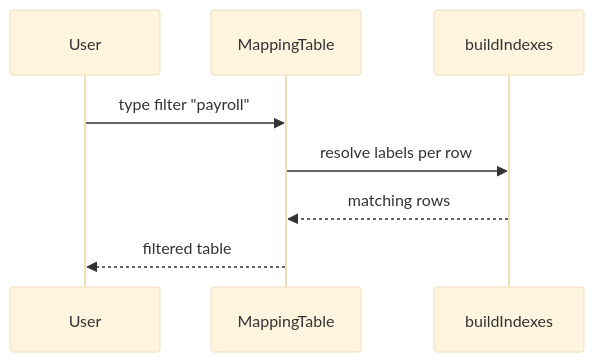
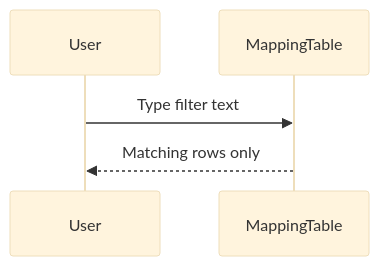
Before and after one commit to jah-guide/sourcemap: the fourth of 4 diagrams in docs/07-sequence-flows.md, drawn with Mermaid (base theme). The commit also changed other lines of this file and 3 other files, not shown here.

Commit message:
docs: simplify sequence flows and tighten traceability wording

````diff
--- a/docs/07-sequence-flows.md
+++ b/docs/07-sequence-flows.md
@@ -59,11 +51,8 @@
 ```mermaid
 sequenceDiagram
   participant User
-  participant Map as MappingTable
-  participant Idx as buildIndexes
+  participant Table as MappingTable
 
-  User->>Map: type filter "payroll"
-  Map->>Idx: resolve labels per row
-  Idx-->>Map: matching rows
-  Map-->>User: filtered table
+  User->>Table: Type filter text
+  Table-->>User: Matching rows only
 ```
````
